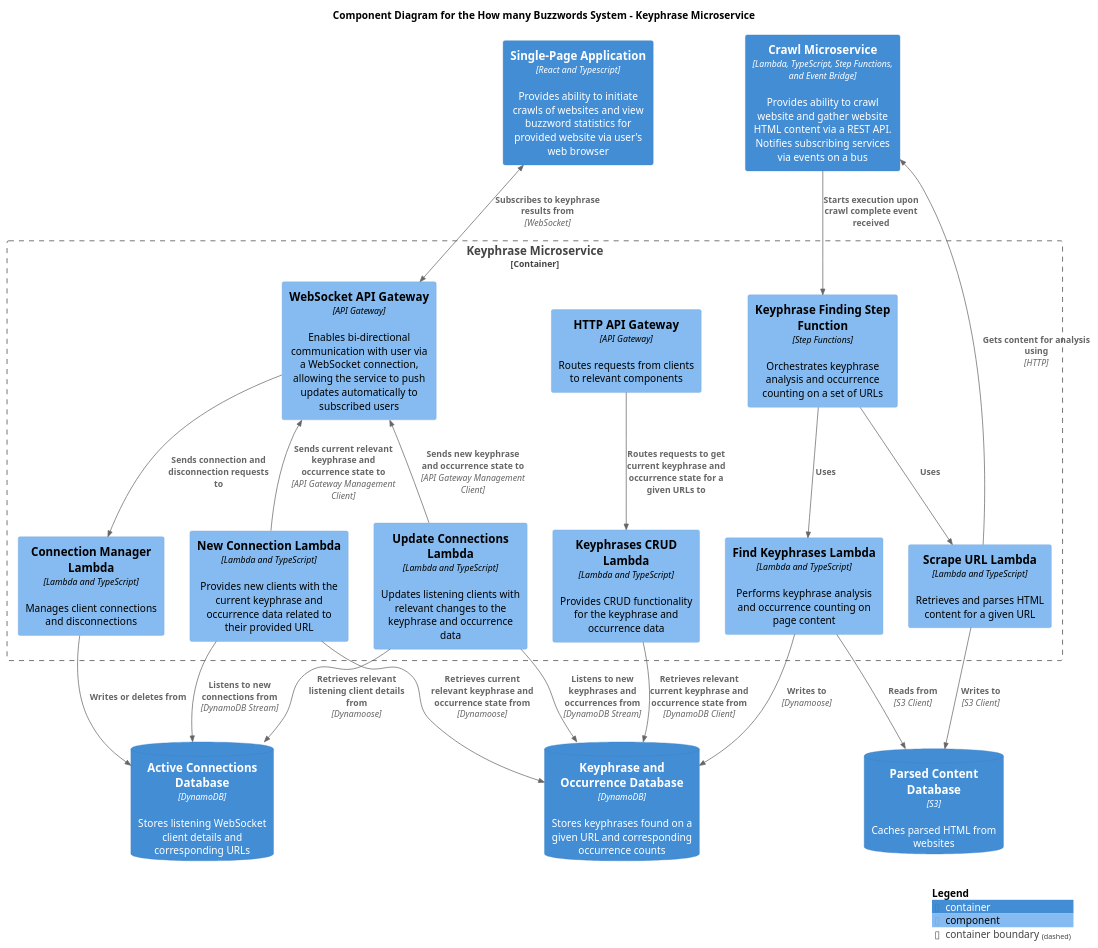
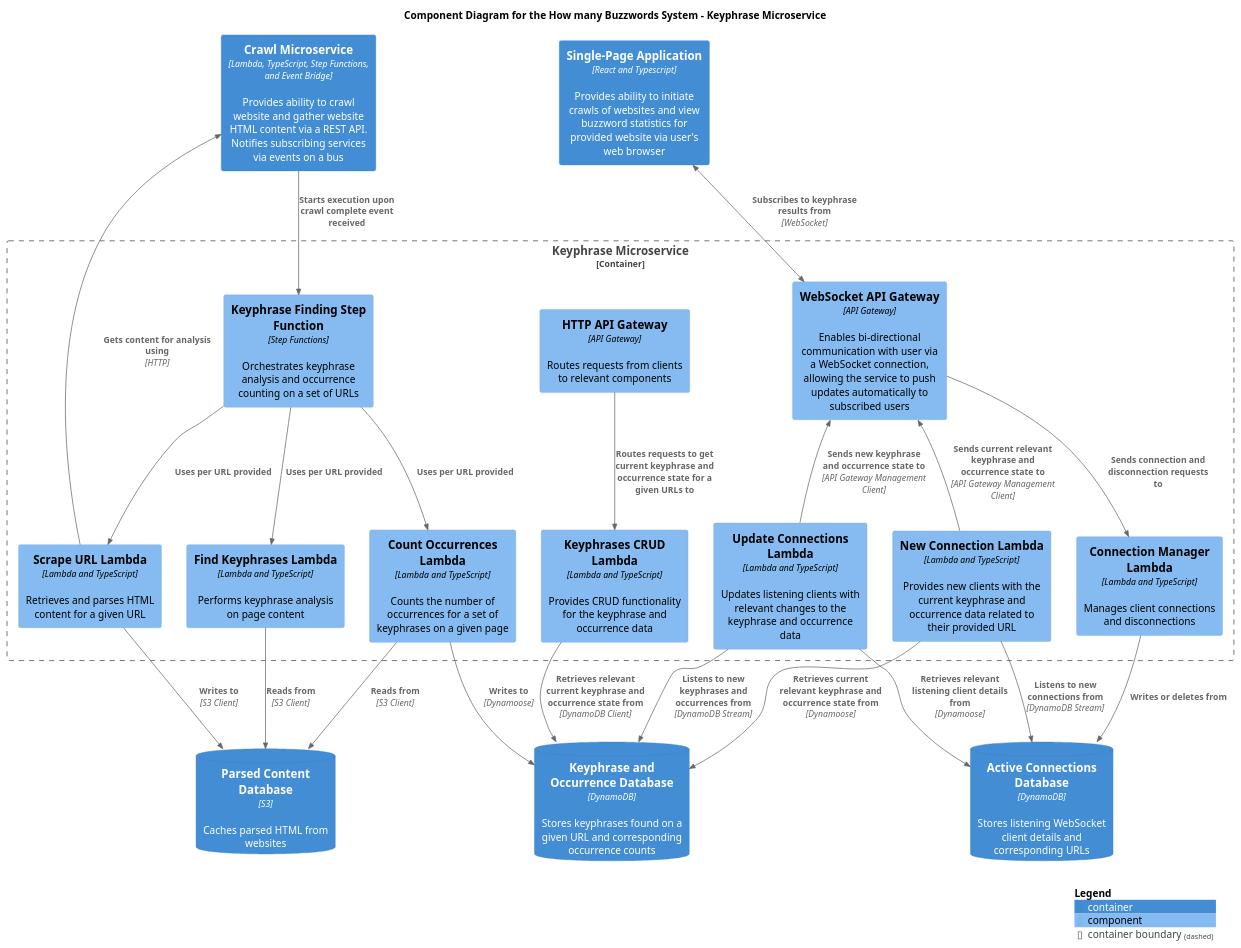
One commit to ashley-evans/how-many-buzzwords changed the diagram in docs/c4-diagrams/buzzword-c4-component-keyphrase-microservice.puml. Above: the diagram before and after it, drawn with PlantUML.

Commit message:
Update keyphrase service component diagram to reflect extraction of occurrence counting responsibility into own lambda

```diff
--- a/docs/c4-diagrams/buzzword-c4-component-keyphrase-microservice.puml
+++ b/docs/c4-diagrams/buzzword-c4-component-keyphrase-microservice.puml
@@ -1,59 +1,63 @@
 @startuml Buzzword C4 Component Diagram
 
 !include https://raw.githubusercontent.com/plantuml-stdlib/C4-PlantUML/master/C4_Component.puml
 
 title Component Diagram for the How many Buzzwords System - Keyphrase Microservice
 
 Container(single_page_application, "Single-Page Application", "React and Typescript", $descr="Provides ability to initiate crawls of websites and view buzzword statistics for provided website via user's web browser")
 Container(crawl_microservice, "Crawl Microservice", "Lambda, TypeScript, Step Functions, and Event Bridge", $descr="Provides ability to crawl website and gather website HTML content via a REST API. Notifies subscribing services via events on a bus")
 
 Container_Boundary(keyphrase_microservice_boundary, "Keyphrase Microservice") {
     Component(http_api_gateway, "HTTP API Gateway", "API Gateway", "Routes requests from clients to relevant components")
     Component(ws_api_gateway, "WebSocket API Gateway", "API Gateway", "Enables bi-directional communication with user via a WebSocket connection, allowing the service to push updates automatically to subscribed users")
     Component(step_function, "Keyphrase Finding Step Function", "Step Functions", "Orchestrates keyphrase analysis and occurrence counting on a set of URLs")
     Component(scrape_url_lambda, "Scrape URL Lambda", "Lambda and TypeScript", "Retrieves and parses HTML content for a given URL")
-    Component(find_keyphrases_lambda, "Find Keyphrases Lambda", "Lambda and TypeScript", "Performs keyphrase analysis and occurrence counting on page content")
+    Component(find_keyphrases_lambda, "Find Keyphrases Lambda", "Lambda and TypeScript", "Performs keyphrase analysis on page content")
+    Component(count_occurrences_lambda, "Count Occurrences Lambda", "Lambda and TypeScript", "Counts the number of occurrences for a set of keyphrases on a given page")
     Component(crud_lambda, "Keyphrases CRUD Lambda", "Lambda and TypeScript", "Provides CRUD functionality for the keyphrase and occurrence data")
     Component(update_connections_lambda, "Update Connections Lambda", "Lambda and TypeScript", "Updates listening clients with relevant changes to the keyphrase and occurrence data")
     Component(new_connection_lambda, "New Connection Lambda", "Lambda and TypeScript", "Provides new clients with the current keyphrase and occurrence data related to their provided URL")
     Component(connection_manager_lambda, "Connection Manager Lambda", "Lambda and TypeScript", "Manages client connections and disconnections")
 }
 
 ContainerDb(keyphrase_db, "Keyphrase and Occurrence Database", "DynamoDB", "Stores keyphrases found on a given URL and corresponding occurrence counts")
 ContainerDb(active_connections_db, "Active Connections Database", "DynamoDB", "Stores listening WebSocket client details and corresponding URLs")
 ContainerDb(parsed_content_db, "Parsed Content Database", "S3", "Caches parsed HTML from websites")
 
 Rel(http_api_gateway, crud_lambda, "Routes requests to get current keyphrase and occurrence state for a given URLs to")
 
 Rel(crud_lambda, keyphrase_db, "Retrieves relevant current keyphrase and occurrence state from", "DynamoDB Client")
 
 BiRel_D(single_page_application, ws_api_gateway, "Subscribes to keyphrase results from", "WebSocket")
 
 Rel_D(ws_api_gateway, connection_manager_lambda, "Sends connection and disconnection requests to")
 
 Rel(connection_manager_lambda, active_connections_db, "Writes or deletes from")
 
 Rel(new_connection_lambda, active_connections_db, "Listens to new connections from", "DynamoDB Stream")
 Rel(new_connection_lambda, keyphrase_db, "Retrieves current relevant keyphrase and occurrence state from", "Dynamoose")
 Rel_U(new_connection_lambda, ws_api_gateway, "Sends current relevant keyphrase and occurrence state to",  "API Gateway Management Client")
 
 Rel(crawl_microservice, step_function, "Starts execution upon crawl complete event received")
 
-Rel(step_function, scrape_url_lambda, "Uses")
-Rel(step_function, find_keyphrases_lambda, "Uses")
+Rel(step_function, scrape_url_lambda, "Uses per URL provided")
+Rel(step_function, find_keyphrases_lambda, "Uses per URL provided")
+Rel(step_function, count_occurrences_lambda, "Uses per URL provided")
 
 Rel(scrape_url_lambda, crawl_microservice, "Gets content for analysis using", "HTTP")
 Rel(scrape_url_lambda, parsed_content_db, "Writes to", "S3 Client")
 
-Rel(find_keyphrases_lambda, keyphrase_db, "Writes to", "Dynamoose")
 Rel(find_keyphrases_lambda, parsed_content_db, "Reads from", "S3 Client")
+
+Rel(count_occurrences_lambda, keyphrase_db, "Writes to", "Dynamoose")
+Rel(count_occurrences_lambda, parsed_content_db, "Reads from", "S3 Client")
 
 Rel(update_connections_lambda, keyphrase_db, "Listens to new keyphrases and occurrences from", "DynamoDB Stream")
 Rel(update_connections_lambda, active_connections_db, "Retrieves relevant listening client details from", "Dynamoose")
 Rel_U(update_connections_lambda, ws_api_gateway, "Sends new keyphrase and occurrence state to", "API Gateway Management Client")
 
-Lay_R(single_page_application, crawl_microservice)
+Lay_L(single_page_application, crawl_microservice)
 
 SHOW_LEGEND()
 
 @enduml
```
